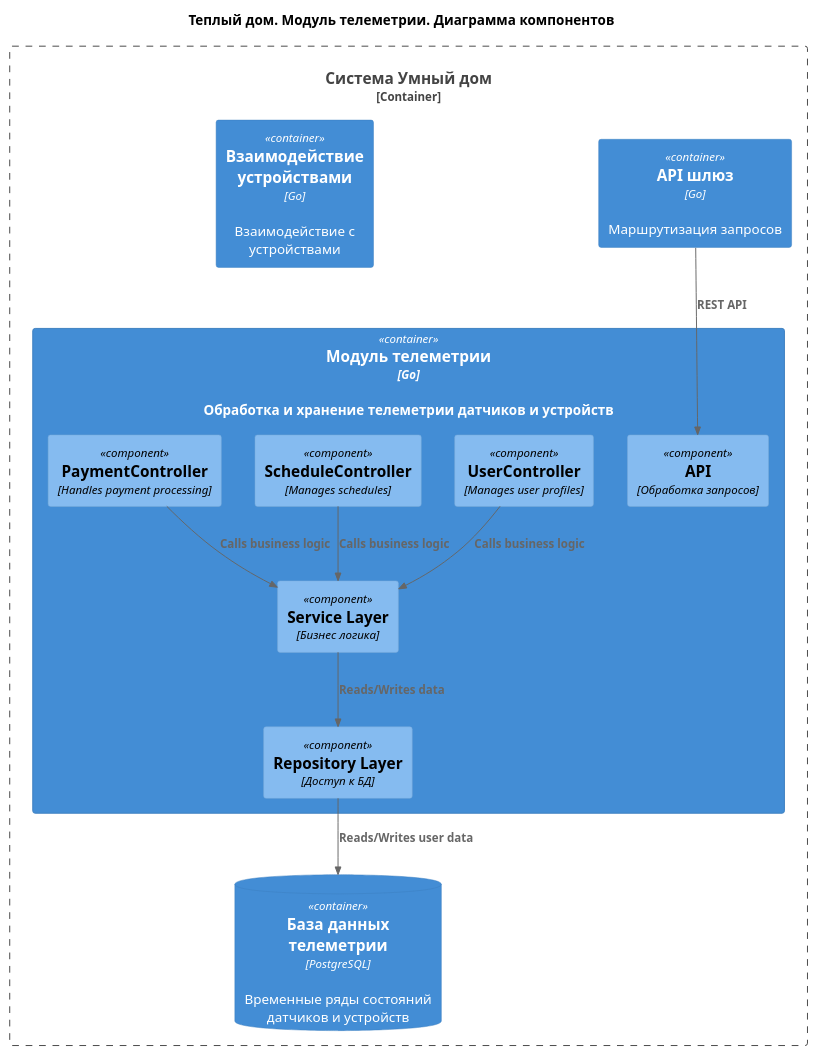
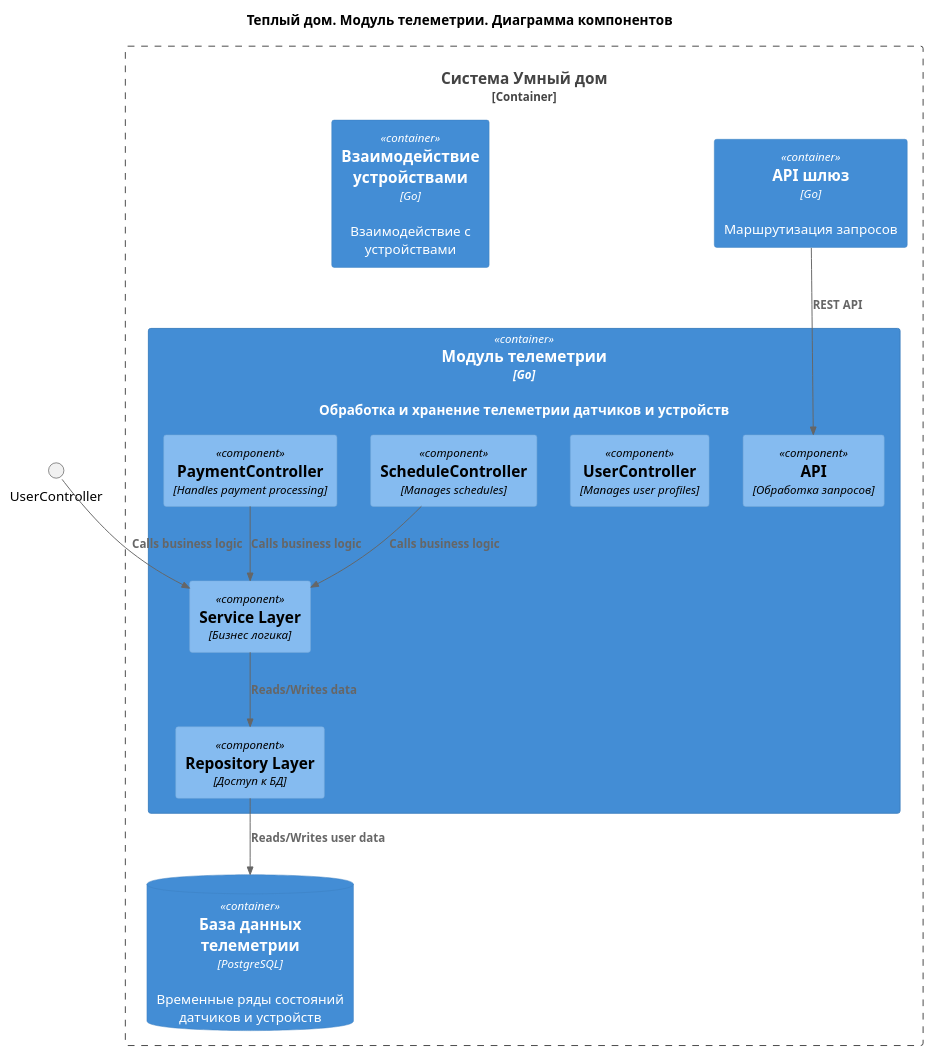
Before and after one commit to binaril/architecture-warmhouse: the diagram in diagrams/C4.Component.Telemetry.puml, drawn with PlantUML. The commit also changed 1 other file, not shown here.

```diff
--- a/diagrams/C4.Component.Telemetry.puml
+++ b/diagrams/C4.Component.Telemetry.puml
@@ -1,31 +1,31 @@
 @startuml
 title Теплый дом. Модуль телеметрии. Диаграмма компонентов
 
 top to bottom direction
 
 !includeurl https://raw.githubusercontent.com/RicardoNiepel/C4-PlantUML/master/C4_Component.puml
 
 
 Container_Boundary(SmartHouse, "Система Умный дом") {
   Container(GateWay, "API шлюз", "Go", "Маршрутизация запросов")
   Container(DeviceControl, "Взаимодействие устройствами", "Go", "Взаимодействие с устройствами")
   Container(Telemetry, "Модуль телеметрии", "Go", "Обработка и хранение телеметрии датчиков и устройств")
   ContainerDb(TelemetryDatabase, "База данных телеметрии", "PostgreSQL", "Временные ряды состояний датчиков и устройств")
 }
 
 Container(Telemetry, "Модуль телеметрии", "Go") {
   Component(ApiHandler, "API", "Обработка запросов")
-  Component(UserController, "UserController", "Manages user profiles")
+  Component(PollingCircle, "UserController", "Manages user profiles")
   Component(ScheduleController, "ScheduleController", "Manages schedules")
   Component(PaymentController, "PaymentController", "Handles payment processing")
   Component(Aggragator, "Service Layer", "Бизнес логика")
   Component(RepositoryLayer, "Repository Layer", "Доступ к БД")
 }
 
 Rel(GateWay,ApiHandler,"REST API")
 Rel(UserController,Aggragator,"Calls business logic")
 Rel(ScheduleController,Aggragator,"Calls business logic")
 Rel(PaymentController,Aggragator,"Calls business logic")
 Rel(Aggragator,RepositoryLayer,"Reads/Writes data")
 Rel(RepositoryLayer,TelemetryDatabase,"Reads/Writes user data")
 @enduml
```
